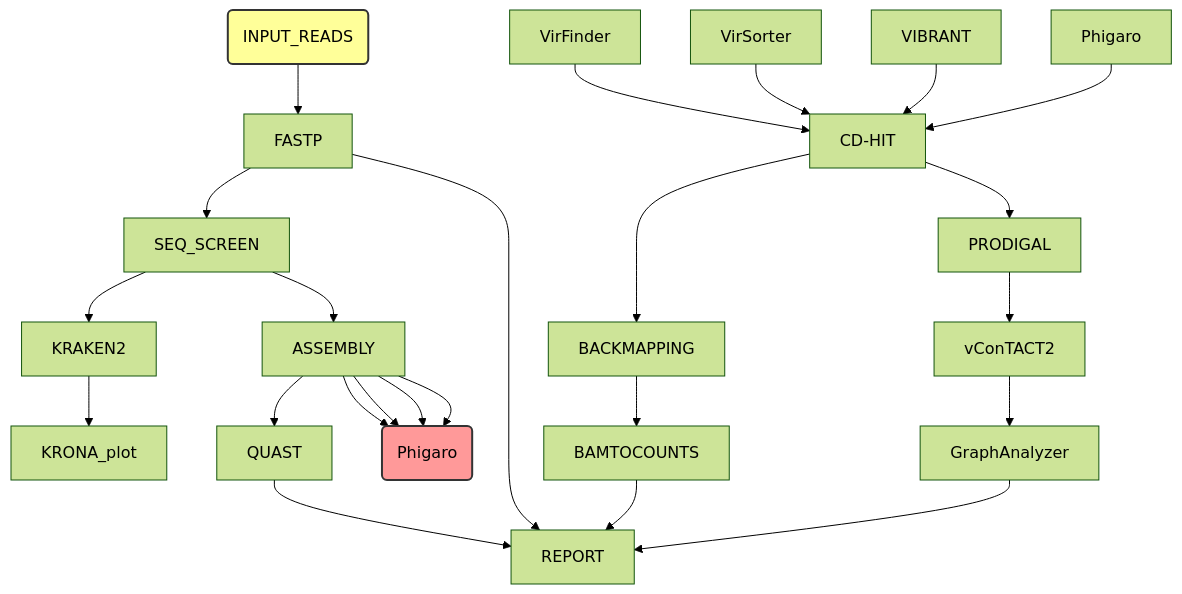
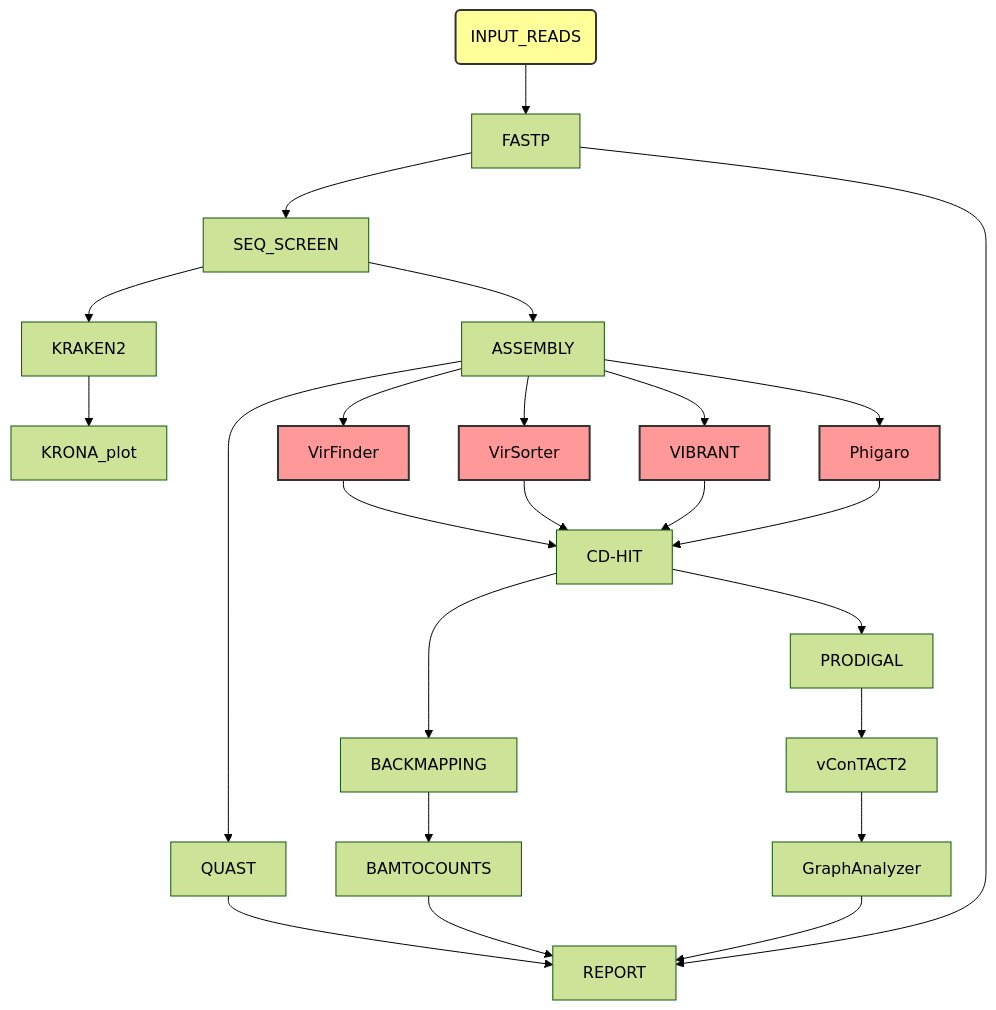
The diagram in README.md (telatin/magflow), drawn with Mermaid (forest theme) before and after one commit.

````diff
--- a/README.md
+++ b/README.md
@@ -3,28 +3,28 @@
 ```mermaid
 graph TD;
  style input fill:#ff9,stroke:#333,stroke-width:2px
- style miner fill:#f99,stroke:#333,stroke-width:2px
+ classDef miner fill:#f99,stroke:#333,stroke-width:2px
  input(INPUT_READS) --> FASTP;
  FASTP --> SEQ_SCREEN;
  SEQ_SCREEN --> KRAKEN2;
  KRAKEN2 --> KRONA_plot;
  SEQ_SCREEN --> ASSEMBLY;
  ASSEMBLY --> QUAST;
- ASSEMBLY --> miner(VirFinder);
- ASSEMBLY --> miner(VirSorter);
- ASSEMBLY --> miner(VIBRANT);
- ASSEMBLY --> miner(Phigaro);
+ ASSEMBLY --> VirFinder:::miner;
+ ASSEMBLY --> VirSorter:::miner;
+ ASSEMBLY --> VIBRANT:::miner;
+ ASSEMBLY --> Phigaro:::miner;
  VirFinder --> CD-HIT;
  VirSorter --> CD-HIT ;
  VIBRANT --> CD-HIT ;
  Phigaro --> CD-HIT ;
  CD-HIT --> BACKMAPPING;
  BACKMAPPING --> BAMTOCOUNTS;
  CD-HIT --> PRODIGAL;
  PRODIGAL --> vConTACT2;
  vConTACT2 --> GraphAnalyzer;
  GraphAnalyzer --> REPORT;
  BAMTOCOUNTS --> REPORT;
  FASTP --> REPORT;
  QUAST --> REPORT;
 ```
````
